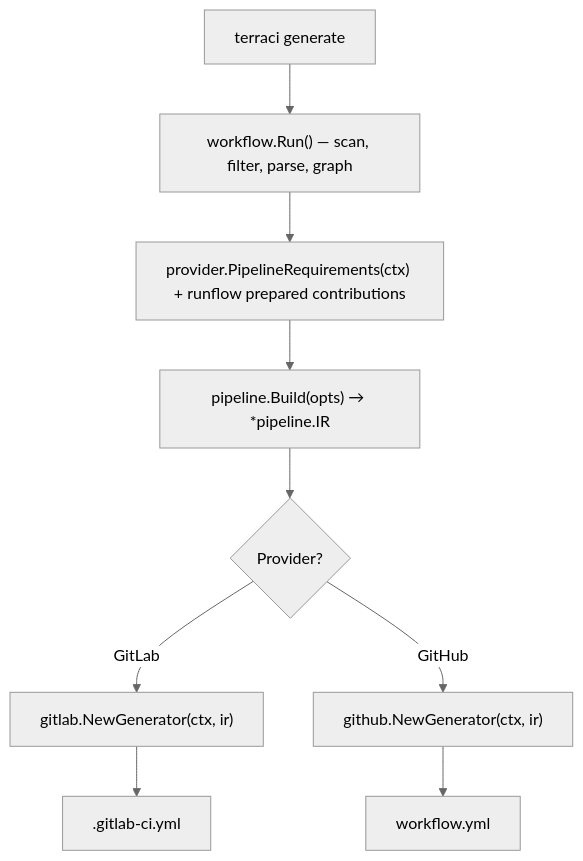
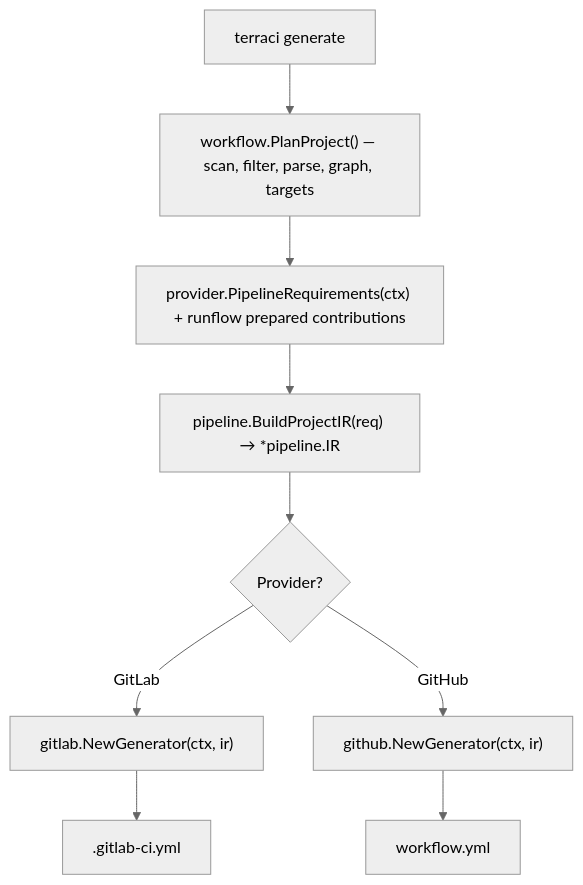
Before and after one commit to edelwud/terraci: the fourth of 4 diagrams in docs/guide/how-it-works.md, drawn with Mermaid (neutral theme). The commit also changed other lines of this file and 49 other files, not shown here.

Commit message:
refactor(pipeline): canonicalize project ir planning

````diff
--- a/docs/guide/how-it-works.md
+++ b/docs/guide/how-it-works.md
@@ -219,10 +219,10 @@
 ```mermaid
 flowchart TD
   A["terraci generate"] --> B
-  B["workflow.Run() — scan, filter, parse, graph"] --> C
+  B["workflow.PlanProject() — scan, filter, parse, graph, targets"] --> C
   C["provider.PipelineRequirements(ctx) + runflow prepared contributions"] --> D
-  D["pipeline.Build(opts) → *pipeline.IR"] --> E
+  D["pipeline.BuildProjectIR(req) → *pipeline.IR"] --> E
   E{"Provider?"}
   E -->|GitLab| F["gitlab.NewGenerator(ctx, ir)"] --> G[".gitlab-ci.yml"]
   E -->|GitHub| H["github.NewGenerator(ctx, ir)"] --> I["workflow.yml"]
 ```
````
